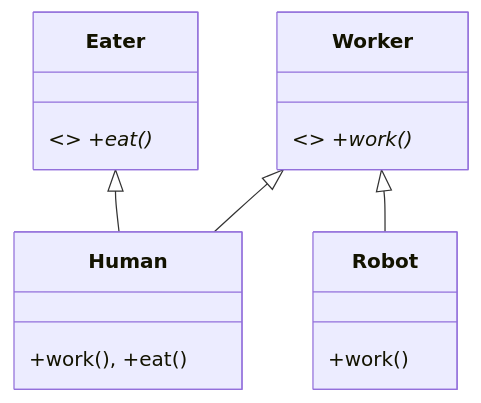
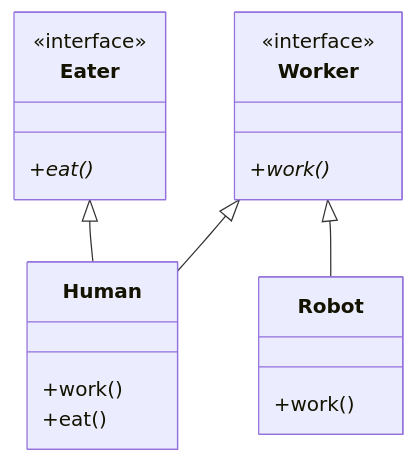
Before and after one commit to divyap271/systemDesign: the fourth of 22 diagrams in readme.md, drawn with Mermaid. The commit also changed other lines of this file, not shown here.

````diff
--- a/readme.md
+++ b/readme.md
@@ -75,10 +115,21 @@
 ```mermaid
 classDiagram
-    class Worker { <<interface>> +work()* }
-    class Eater { <<interface>> +eat()* }
-    class Human { +work(), +eat() }
-    class Robot { +work() }
+    class Worker {
+        <<interface>>
+        +work()*
+    }
+    class Eater {
+        <<interface>>
+        +eat()*
+    }
+    class Human {
+        +work()
+        +eat()
+    }
+    class Robot {
+        +work()
+    }
     Worker <|-- Human
     Eater <|-- Human
     Worker <|-- Robot
 ```
````
